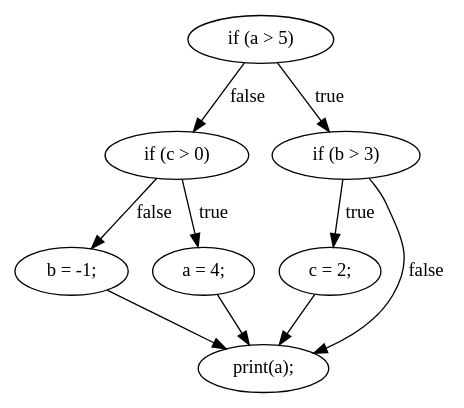
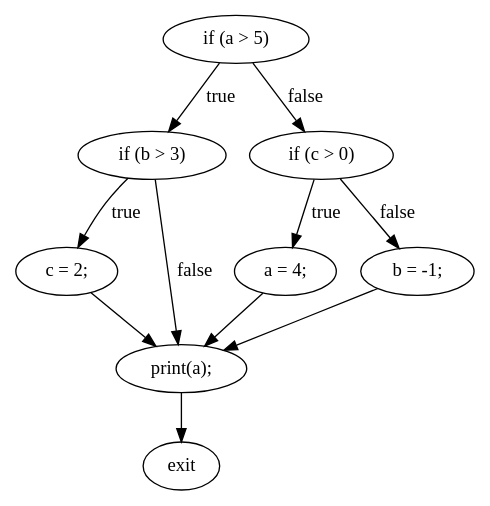
The diagram in JsRetest/jsTests/dotFiles/testNestedIf.js.0.dot (Shoreray/JsRetest), drawn with Graphviz before and after one commit. The commit also changed 408 other files, not shown here.

```diff
--- a/JsRetest/jsTests/dotFiles/testNestedIf.js.0.dot
+++ b/JsRetest/jsTests/dotFiles/testNestedIf.js.0.dot
@@ -1,18 +1,20 @@
 digraph {
-"0" [label="b = -1;\n"] 
-"1" [label="a = 4;\n"] 
+"0" [label="a = 4;\n"] 
+"1" [label="if (b > 3) "] 
 "2" [label="if (c > 0) "] 
-"3" [label="c = 2;\n"] 
-"4" [label="print(a);\n"] 
-"5" [label="if (a > 5) "] 
-"6" [label="if (b > 3) "] 
-"0" -> "4" [label=""] 
-"1" -> "4" [label=""] 
-"2" -> "1" [label="true"] 
-"2" -> "0" [label="false"] 
-"3" -> "4" [label=""] 
-"5" -> "6" [label="true"] 
-"5" -> "2" [label="false"] 
-"6" -> "3" [label="true"] 
-"6" -> "4" [label="false"] 
+"3" [label="if (a > 5) "] 
+"4" [label="c = 2;\n"] 
+"5" [label="b = -1;\n"] 
+"6" [label="print(a);\n"] 
+"7" [label="exit"] 
+"0" -> "6" [label=""] 
+"1" -> "4" [label="true"] 
+"1" -> "6" [label="false"] 
+"2" -> "0" [label="true"] 
+"2" -> "5" [label="false"] 
+"3" -> "1" [label="true"] 
+"3" -> "2" [label="false"] 
+"4" -> "6" [label=""] 
+"5" -> "6" [label=""] 
+"6" -> "7" [label=""] 
 }
```
